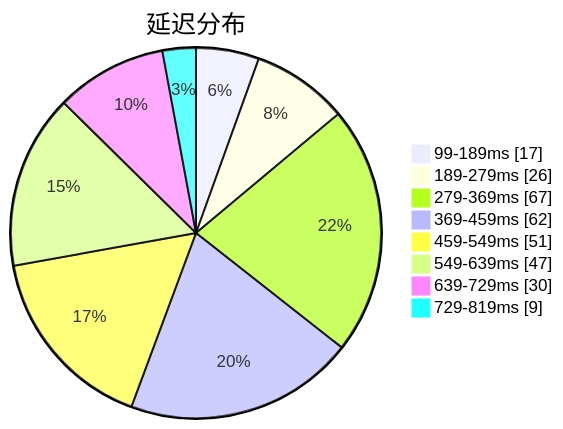
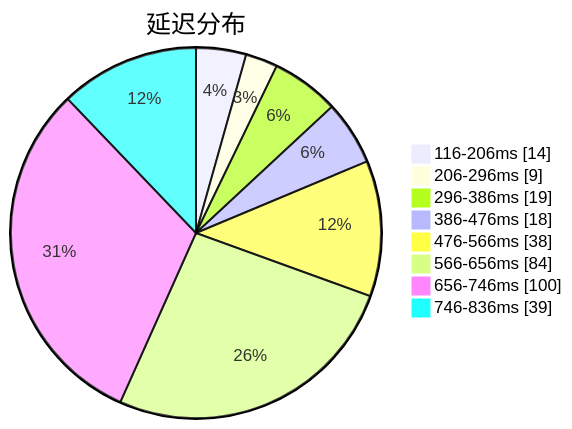
The first of 3 diagrams in subs/statistics/tested_within.md (sinspired/airport), drawn with Mermaid before and after one commit. The commit also changed other lines of this file and 2 other files, not shown here.

````diff
--- a/subs/statistics/tested_within.md
+++ b/subs/statistics/tested_within.md
@@ -2,12 +2,12 @@
 ```mermaid
 pie showData
 title 延迟分布
-"99-189ms" : 17
-"189-279ms" : 26
-"279-369ms" : 67
-"369-459ms" : 62
-"459-549ms" : 51
-"549-639ms" : 47
-"639-729ms" : 30
-"729-819ms" : 9
+"116-206ms" : 14
+"206-296ms" : 9
+"296-386ms" : 19
+"386-476ms" : 18
+"476-566ms" : 38
+"566-656ms" : 84
+"656-746ms" : 100
+"746-836ms" : 39
 ```
````
